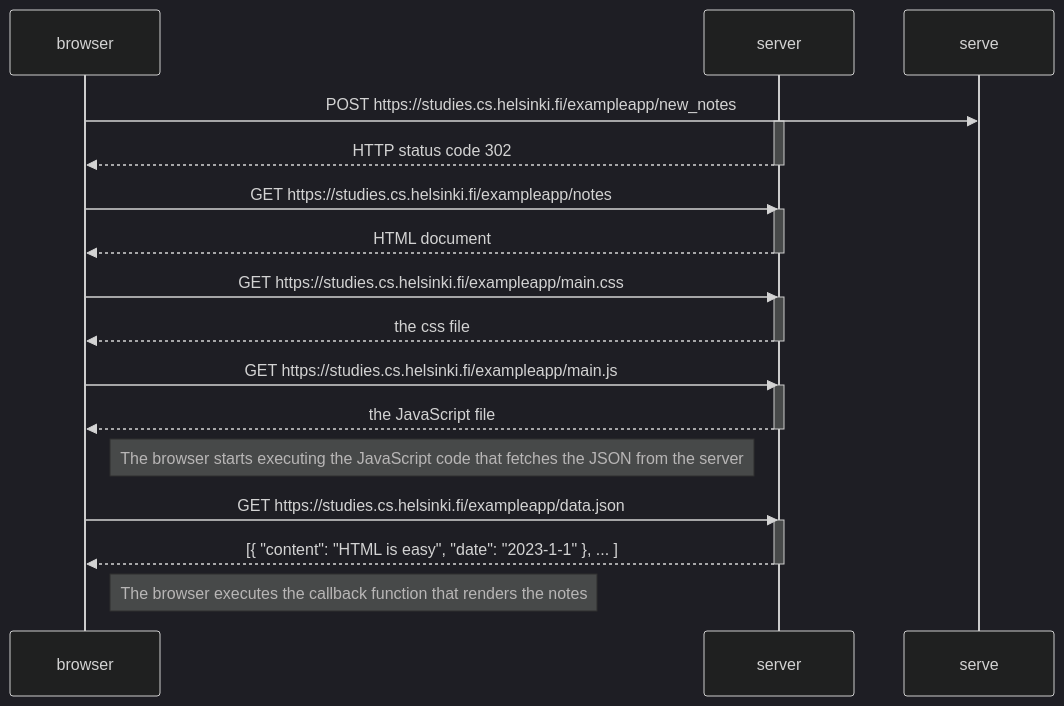
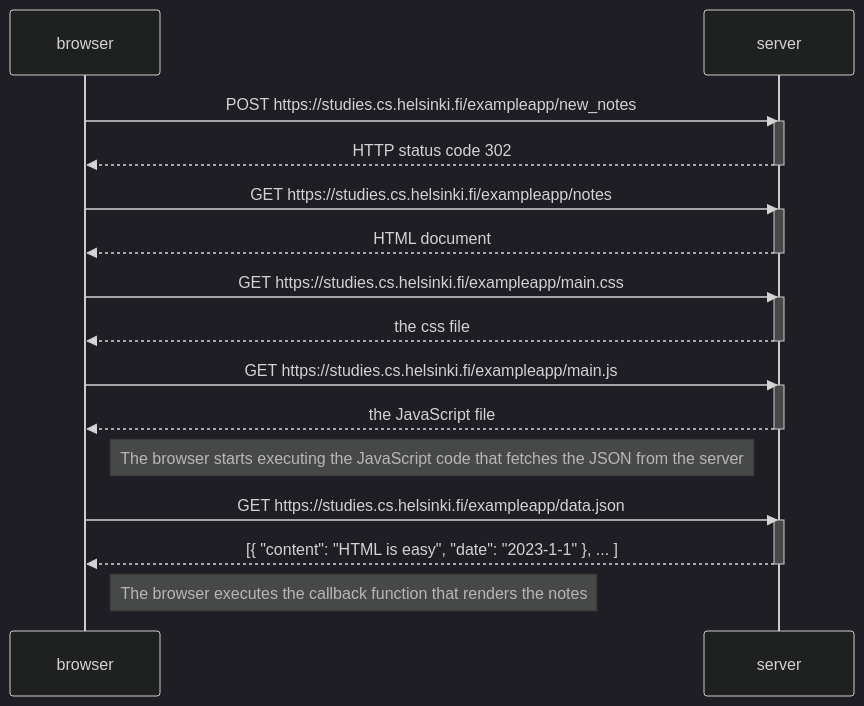
Before and after one commit to masacr3bot/fullstackopen: the diagram in part 0/0.4-new-note-diagram.md, drawn with Mermaid (dark theme).

````diff
--- a/part 0/0.4-new-note-diagram.md
+++ b/part 0/0.4-new-note-diagram.md
@@ -2,34 +2,34 @@
 ``` mermaid
 sequenceDiagram
     participant browser
     participant server
 
-    browser->>serve: POST https://studies.cs.helsinki.fi/exampleapp/new_notes
+    browser->>server: POST https://studies.cs.helsinki.fi/exampleapp/new_notes
     activate server
     server-->>browser: HTTP status code 302
     deactivate server
 
     browser->>server: GET https://studies.cs.helsinki.fi/exampleapp/notes
     activate server
     server-->>browser: HTML document
     deactivate server
 
     browser->>server: GET https://studies.cs.helsinki.fi/exampleapp/main.css
     activate server
     server-->>browser: the css file
     deactivate server
 
     browser->>server: GET https://studies.cs.helsinki.fi/exampleapp/main.js
     activate server
     server-->>browser: the JavaScript file
     deactivate server
 
     Note right of browser: The browser starts executing the JavaScript code that fetches the JSON from the server
 
     browser->>server: GET https://studies.cs.helsinki.fi/exampleapp/data.json
     activate server
     server-->>browser: [{ "content": "HTML is easy", "date": "2023-1-1" }, ... ]
     deactivate server
 
     Note right of browser: The browser executes the callback function that renders the notes
 ```
````
